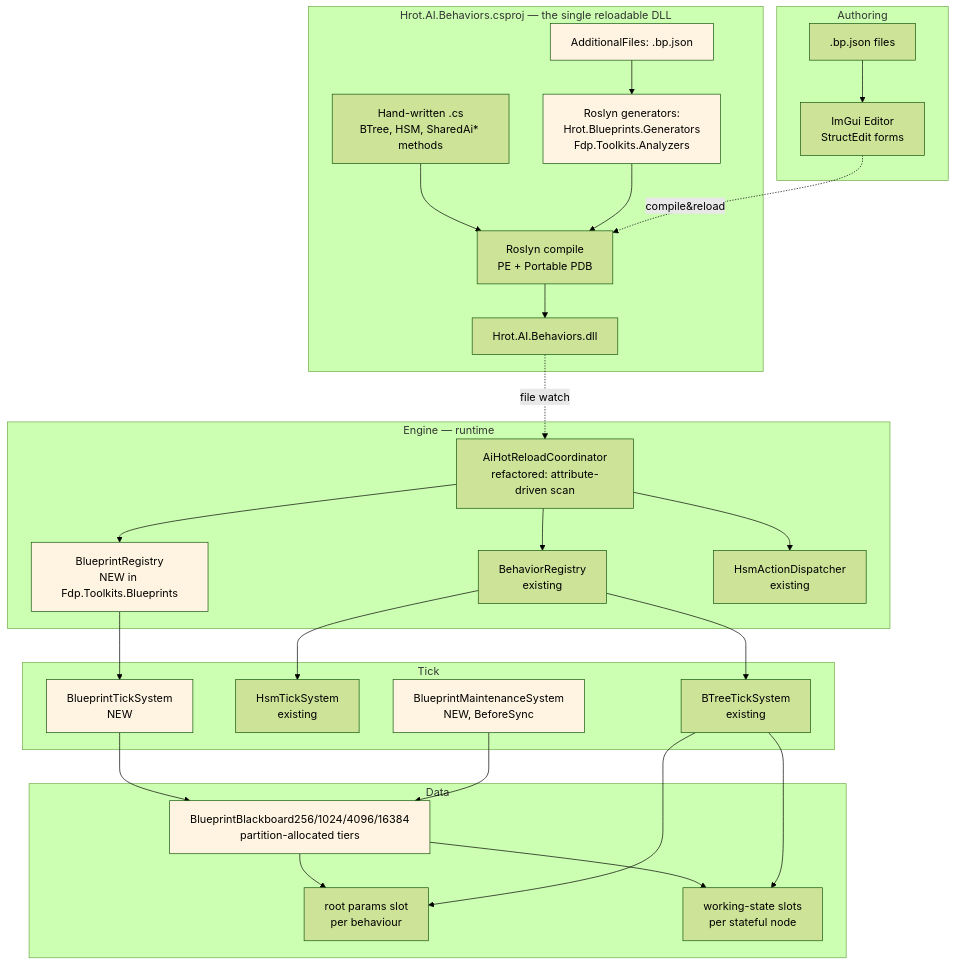
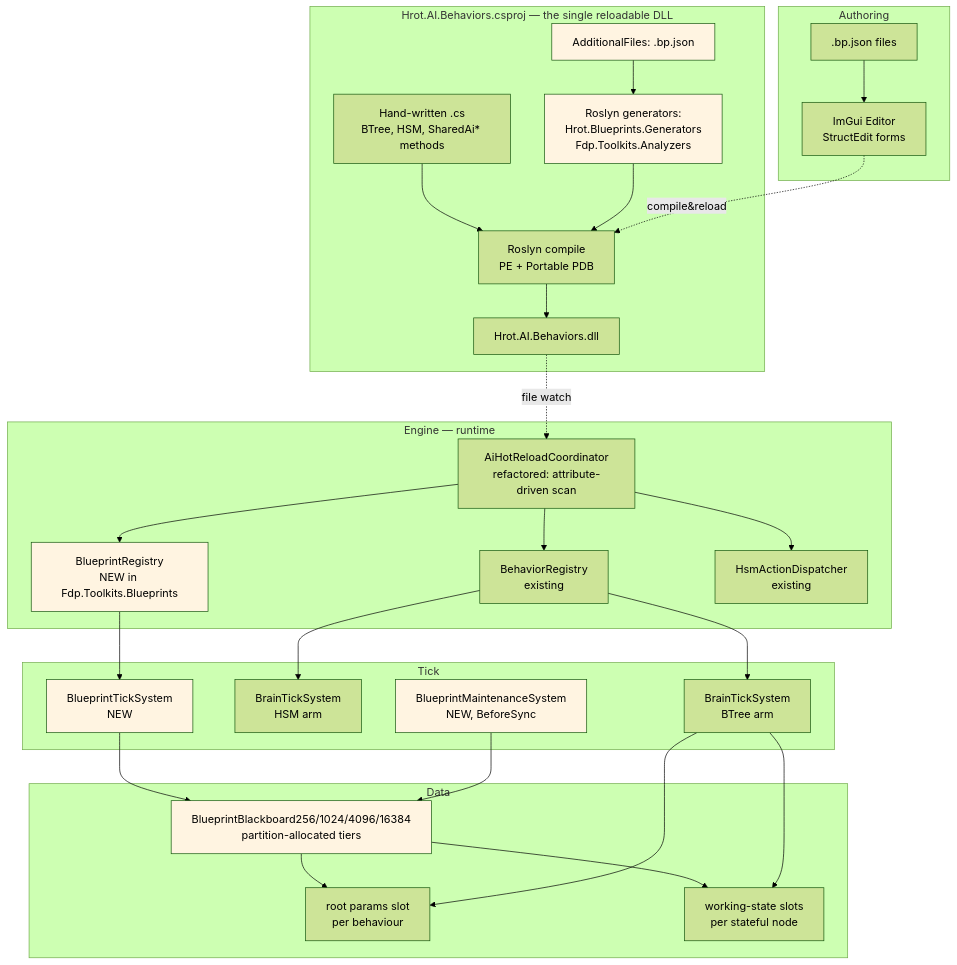
One commit to pjanec/HROT changed the diagram in docs/blueprints/Blueprint_Subsystem_Architecture_v1.2.md. Above: the diagram before and after it, drawn with Mermaid (forest theme). The commit also changed other lines of this file and 32 other files, not shown here.

````diff
--- a/docs/blueprints/Blueprint_Subsystem_Architecture_v1.2.md
+++ b/docs/blueprints/Blueprint_Subsystem_Architecture_v1.2.md
@@ -101,66 +101,66 @@
 ```mermaid
 graph TB
     subgraph "Authoring"
         AUTH[.bp.json files]
         ED[ImGui Editor<br/>StructEdit forms]
     end
 
     subgraph "Hrot.AI.Behaviors.csproj — the single reloadable DLL"
         ADDFILES[AdditionalFiles: .bp.json]
         HANDCODE["Hand-written .cs<br/>BTree, HSM, SharedAi* methods"]
         GEN[Roslyn generators:<br/>Hrot.Blueprints.Generators<br/>Fdp.Toolkits.Analyzers]
         ROSLYN[Roslyn compile<br/>PE + Portable PDB]
         DLL[Hrot.AI.Behaviors.dll]
 
         ADDFILES --> GEN
         HANDCODE --> ROSLYN
         GEN --> ROSLYN
         ROSLYN --> DLL
     end
 
     subgraph "Engine — runtime"
         AHRC[AiHotReloadCoordinator<br/>refactored: attribute-driven scan]
         BREG[BehaviorRegistry<br/>existing]
         BPREG[BlueprintRegistry<br/>NEW in Fdp.Toolkits.Blueprints]
         HSMD[HsmActionDispatcher<br/>existing]
 
         DLL -.file watch.-> AHRC
         AHRC --> BREG
         AHRC --> BPREG
         AHRC --> HSMD
     end
 
     subgraph "Tick"
-        BTREE[BTreeTickSystem<br/>existing]
-        HSMTICK[HsmTickSystem<br/>existing]
+        BTREE[BrainTickSystem<br/>BTree arm]
+        HSMTICK[BrainTickSystem<br/>HSM arm]
         BPTICK[BlueprintTickSystem<br/>NEW]
         BPMAINT[BlueprintMaintenanceSystem<br/>NEW, BeforeSync]
 
         BREG --> BTREE
         BREG --> HSMTICK
         BPREG --> BPTICK
     end
 
     subgraph "Data"
         BPBB[BlueprintBlackboard256/1024/4096/16384<br/>partition-allocated tiers]
         ROOT[root params slot<br/>per behaviour]
         WORK[working-state slots<br/>per stateful node]
 
         BPBB --> ROOT
         BPBB --> WORK
         BTREE --> ROOT
         BTREE --> WORK
         BPTICK --> BPBB
         BPMAINT --> BPBB
     end
 
     AUTH --> ED
     ED -.compile&reload.-> ROSLYN
 
     style ADDFILES fill:#fff4e1
     style BPREG fill:#fff4e1
     style BPTICK fill:#fff4e1
     style BPMAINT fill:#fff4e1
     style BPBB fill:#fff4e1
     style GEN fill:#fff4e1
 ```
````
